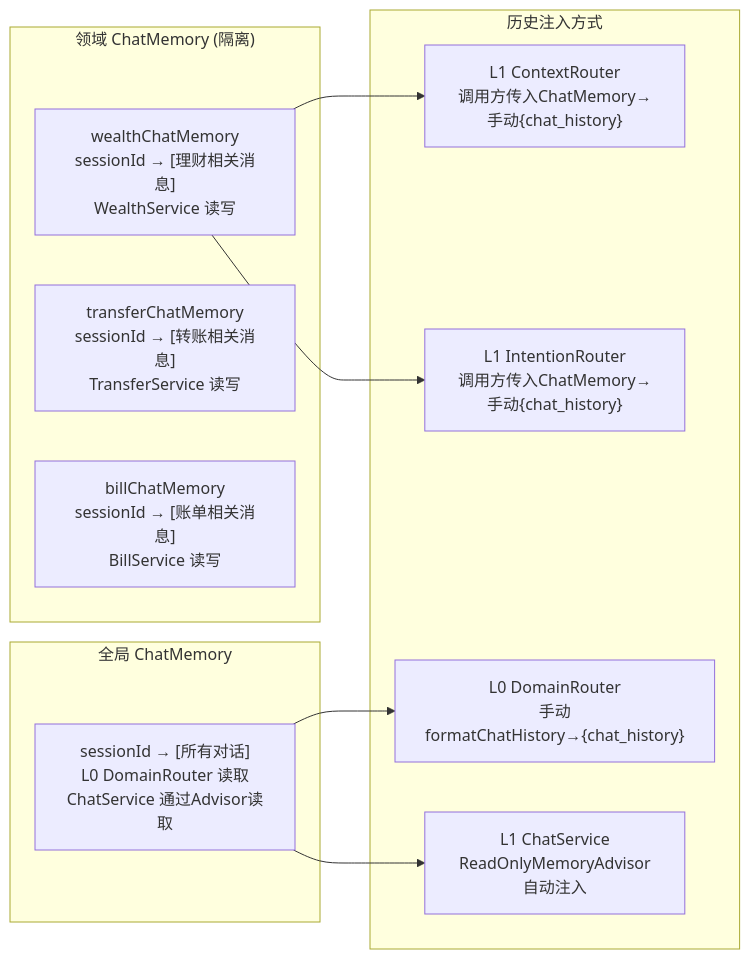
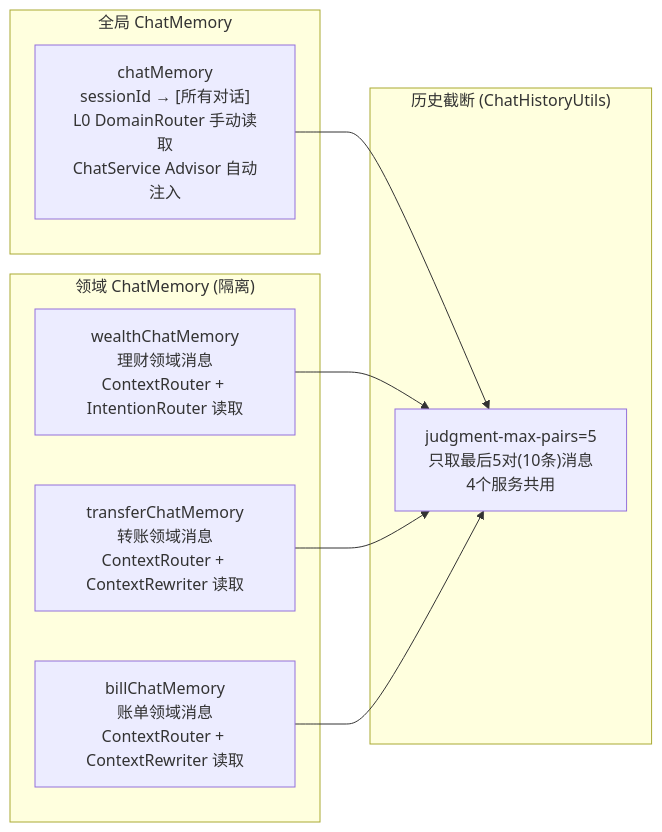
One commit to michael-lin-45/mobile-ai-bank-demo---workbuddy changed the third of 22 diagrams in ARCHITECTURE-FULL.md. Above: the diagram before and after it, drawn with Mermaid. The commit also changed other lines of this file and 30 other files, not shown here.

````diff
--- a/ARCHITECTURE-FULL.md
+++ b/ARCHITECTURE-FULL.md
@@ -200,24 +103,21 @@
 ```mermaid
 graph LR
     subgraph "全局 ChatMemory"
-        GM["sessionId → [所有对话]<br/>L0 DomainRouter 读取<br/>ChatService 通过Advisor读取"]
+        GM["chatMemory<br/>sessionId → [所有对话]<br/>L0 DomainRouter 手动读取<br/>ChatService Advisor 自动注入"]
     end
     
     subgraph "领域 ChatMemory (隔离)"
-        WM["wealthChatMemory<br/>sessionId → [理财相关消息]<br/>WealthService 读写"]
-        TM["transferChatMemory<br/>sessionId → [转账相关消息]<br/>TransferService 读写"]
-        BM["billChatMemory<br/>sessionId → [账单相关消息]<br/>BillService 读写"]
+        WM["wealthChatMemory<br/>理财领域消息<br/>ContextRouter + IntentionRouter 读取"]
+        TM["transferChatMemory<br/>转账领域消息<br/>ContextRouter + ContextRewriter 读取"]
+        BM["billChatMemory<br/>账单领域消息<br/>ContextRouter + ContextRewriter 读取"]
     end
     
-    subgraph "历史注入方式"
-        H1["L0 DomainRouter<br/>手动formatChatHistory→{chat_history}"]
-        H2["L1 ContextRouter<br/>调用方传入ChatMemory→手动{chat_history}"]
-        H3["L1 IntentionRouter<br/>调用方传入ChatMemory→手动{chat_history}"]
-        H4["L1 ChatService<br/>ReadOnlyMemoryAdvisor自动注入"]
+    subgraph "历史截断 (ChatHistoryUtils)"
+        H["judgment-max-pairs=5<br/>只取最后5对(10条)消息<br/>4个服务共用"]
     end
     
-    GM --> H1
-    WM --> H2
-    WM --> H3
-    GM --> H4
+    GM --> H
+    WM --> H
+    TM --> H
+    BM --> H
 ```
````
